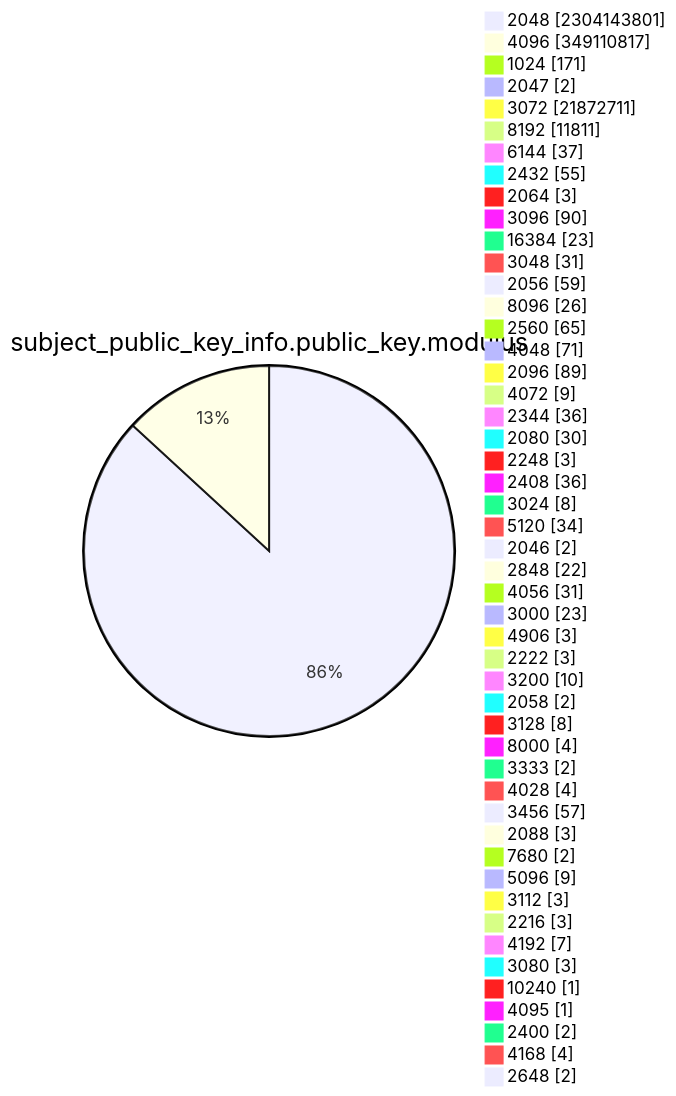
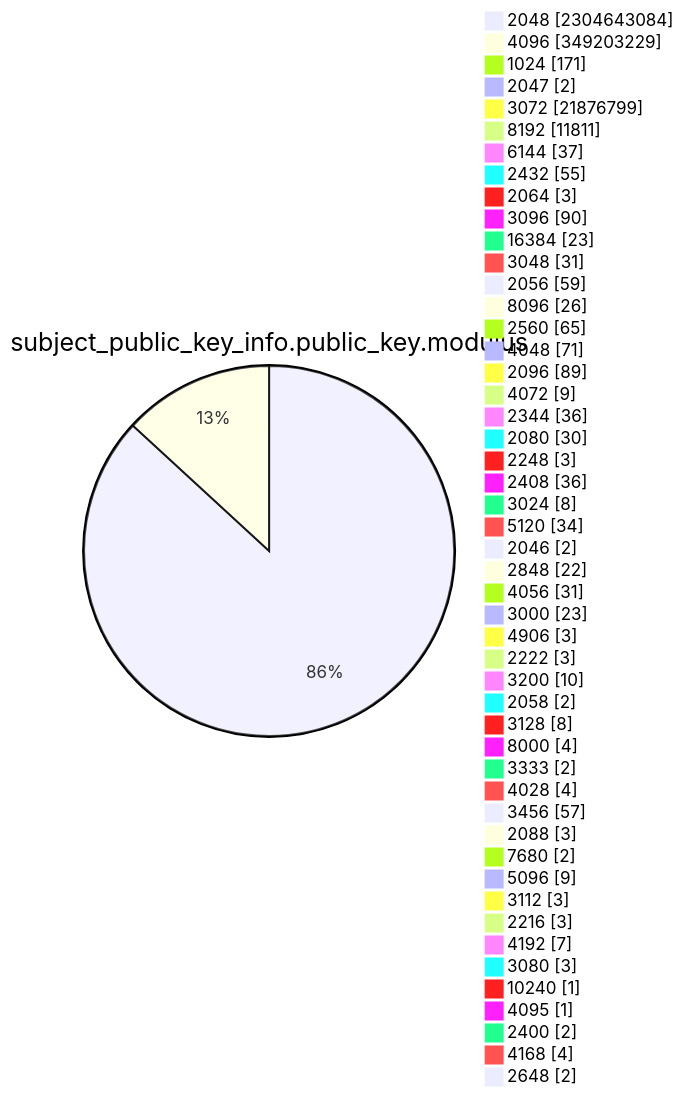
Before and after one commit to christiankrug/ctmonitor_visualization: diagram 13 of 15 in TOTAL/README.md, drawn with Mermaid. The commit also changed other lines of this file, not shown here.

````diff
--- a/TOTAL/README.md
+++ b/TOTAL/README.md
@@ -4167,53 +4167,53 @@
 ```mermaid
 pie showData
 title subject_public_key_info.public_key.modulus
-"2048" :2304143801
-"4096" :349110817
+"2048" :2304643084
+"4096" :349203229
 "1024" :171
 "2047" :2
-"3072" :21872711
+"3072" :21876799
 "8192" :11811
 "6144" :37
 "2432" :55
 "2064" :3
 "3096" :90
 "16384" :23
 "3048" :31
 "2056" :59
 "8096" :26
 "2560" :65
 "4048" :71
 "2096" :89
 "4072" :9
 "2344" :36
 "2080" :30
 "2248" :3
 "2408" :36
 "3024" :8
 "5120" :34
 "2046" :2
 "2848" :22
 "4056" :31
 "3000" :23
 "4906" :3
 "2222" :3
 "3200" :10
 "2058" :2
 "3128" :8
 "8000" :4
 "3333" :2
 "4028" :4
 "3456" :57
 "2088" :3
 "7680" :2
 "5096" :9
 "3112" :3
 "2216" :3
 "4192" :7
 "3080" :3
 "10240" :1
 "4095" :1
 "2400" :2
 "4168" :4
 "2648" :2
 ```
````
